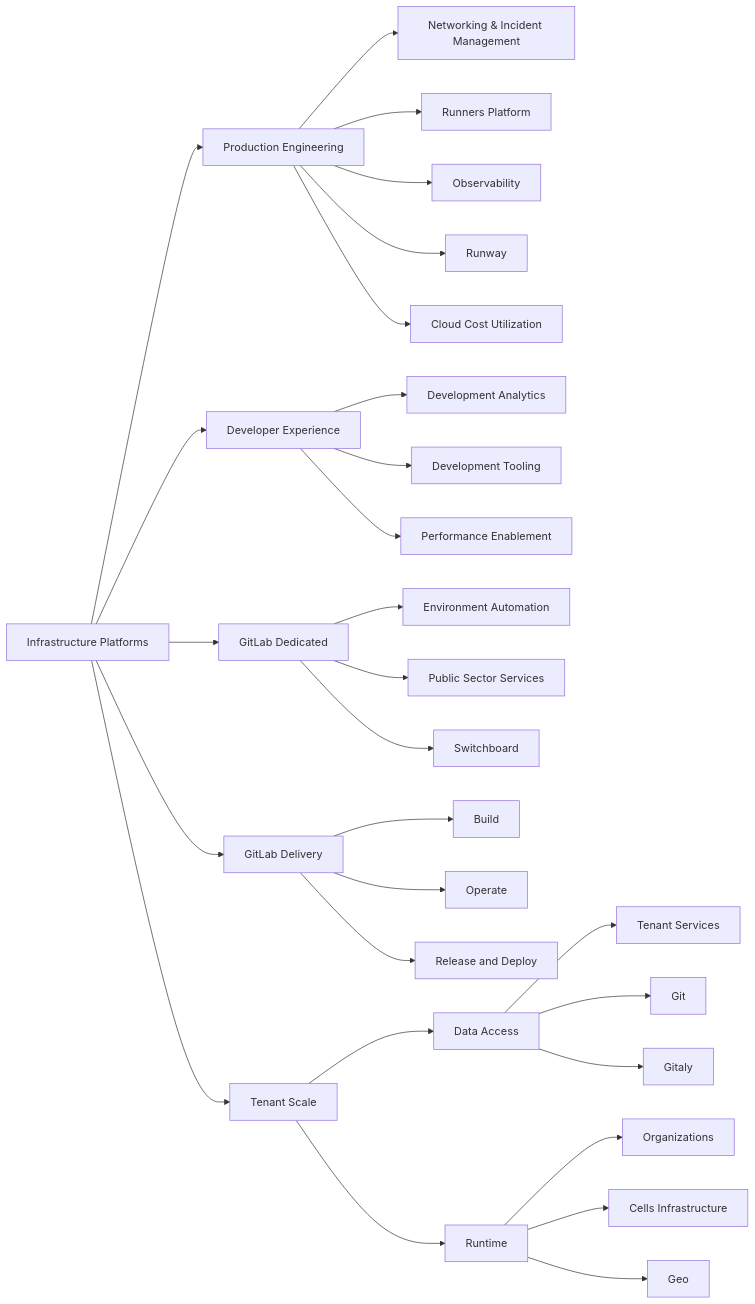
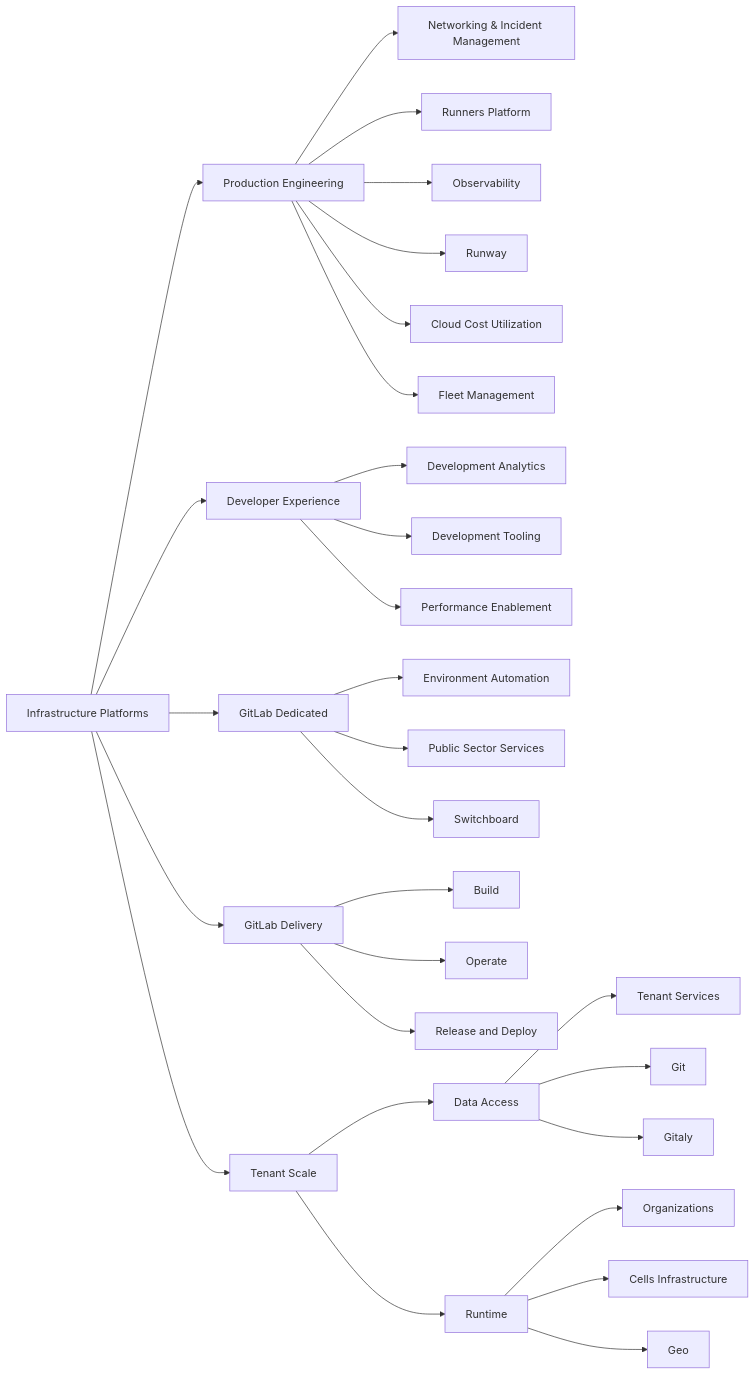
One commit to kyama0/gitlab-handbook-ja changed the diagram in content/handbook/engineering/infrastructure-platforms/_index.md. Above: the diagram before and after it, drawn with Mermaid. The commit also changed other lines of this file and 198 other files, not shown here.

````diff
--- a/content/handbook/engineering/infrastructure-platforms/_index.md
+++ b/content/handbook/engineering/infrastructure-platforms/_index.md
@@ -36,69 +36,71 @@
 ```mermaid
 flowchart LR
     I[Infrastructure Platforms]
     click I "/handbook/engineering/infrastructure-platforms/"
 
     I --> DE[Developer Experience]
     click DE "/handbook/engineering/infrastructure-platforms/developer-experience/"
 
     I --> GD[GitLab Dedicated]
     click GD "/handbook/engineering/infrastructure-platforms/gitlab-dedicated/"
     I --> PRODENG[Production Engineering]
-    click PRODEND "/handbook/engineering/infrastructure-platforms/production-engineering/"
+    click PRODENG "/handbook/engineering/infrastructure-platforms/production-engineering/"
     I --> SD[GitLab Delivery]
     click SD "/handbook/engineering/infrastructure-platforms/gitlab-delivery/"
     I --> TS[Tenant Scale]
     click TS "/handbook/engineering/infrastructure-platforms/tenant-scale/"
 
     PRODENG --> NIM[Networking & Incident Management]
     click NIM "/handbook/engineering/infrastructure-platforms/production-engineering/networking-and-incident-management/"
     PRODENG --> Runners[Runners Platform]
     click Runners "/handbook/engineering/infrastructure-platforms/production-engineering/runners-platform/"
     PRODENG --> Observability
     click Observability "/handbook/engineering/infrastructure-platforms/production-engineering/observability/"
     PRODENG --> Runway
     click Runway "/handbook/engineering/infrastructure-platforms/gitlab-delivery/runway/"
     PRODENG --> CCU[Cloud Cost Utilization]
     click CCU "/handbook/engineering/infrastructure-platforms/production-engineering/cloud-cost-utilization/"
+    PRODENG --> Fleet[Fleet Management]
+    click Fleet "/handbook/engineering/infrastructure-platforms/production-engineering/fleet-management/"
 
     DE --> DevA[Development Analytics]
     click DevA "/handbook/engineering/infrastructure-platforms/developer-experience/development-analytics/"
 
     DE --> DT[Development Tooling]
     click DT "/handbook/engineering/infrastructure-platforms/developer-experience/development-tooling/"
     DE --> PER[Performance Enablement]
     click PER "/handbook/engineering/infrastructure-platforms/developer-experience/performance-enablement/"
 
     GD --> E[Environment Automation]
     click E "/handbook/engineering/infrastructure-platforms/gitlab-dedicated/environment-automation/"
     GD --> PSS[Public Sector Services]
     click PSS "/handbook/engineering/infrastructure-platforms/gitlab-dedicated/us-public-sector-services/"
     GD --> Switchboard
     click Switchboard "/handbook/engineering/infrastructure-platforms/gitlab-dedicated/switchboard/"
 
     SD --> B[Build]
     click B "/handbook/engineering/infrastructure-platforms/gitlab-delivery/distribution/"
     SD --> Operate
     click Operate "/handbook/engineering/infrastructure-platforms/gitlab-delivery/operate/"
     SD --> R[Release and Deploy]
     click R "/handbook/engineering/infrastructure-platforms/gitlab-delivery/delivery/"
 
     TS --> DA[Data Access]
     click DA "/handbook/engineering/infrastructure-platforms/data-access/"
 
     DA --> TSV[Tenant Services]
     click TSV "/handbook/engineering/infrastructure-platforms/tenant-scale/tenant-services/"
     DA --> Git
     click Git "/handbook/engineering/infrastructure-platforms/tenant-scale/git/"
     DA --> Gitaly
     click Gitaly "/handbook/engineering/infrastructure-platforms/tenant-scale/gitaly/"
 
     TS --> RT[Runtime]
     click RT "/handbook/engineering/infrastructure-platforms/tenant-scale/"
     RT --> Organizations
     click Organizations "/handbook/engineering/infrastructure-platforms/tenant-scale/organizations/"
     RT --> CI[Cells Infrastructure]
     click CI "/handbook/engineering/infrastructure-platforms/tenant-scale/cells-infrastructure/"
     RT --> Geo
     click Geo "/handbook/engineering/infrastructure-platforms/tenant-scale/geo/"
 ```
````
